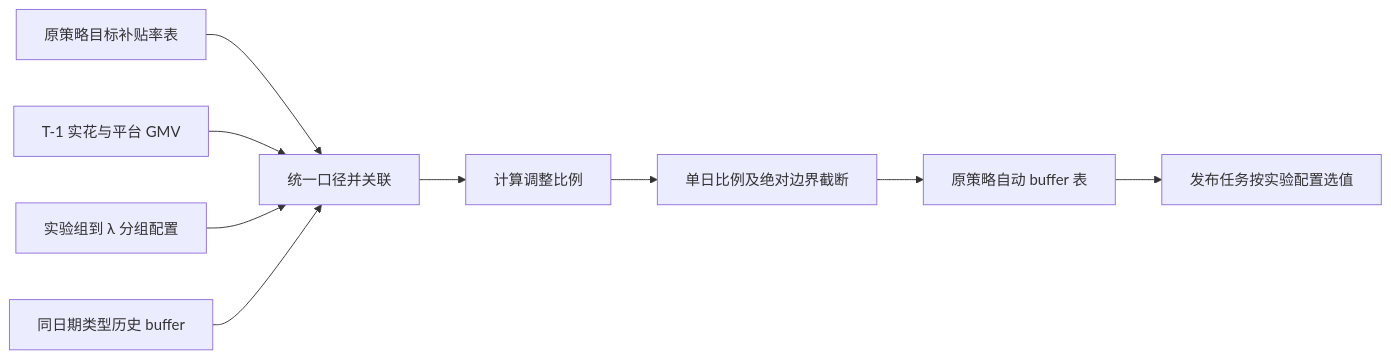
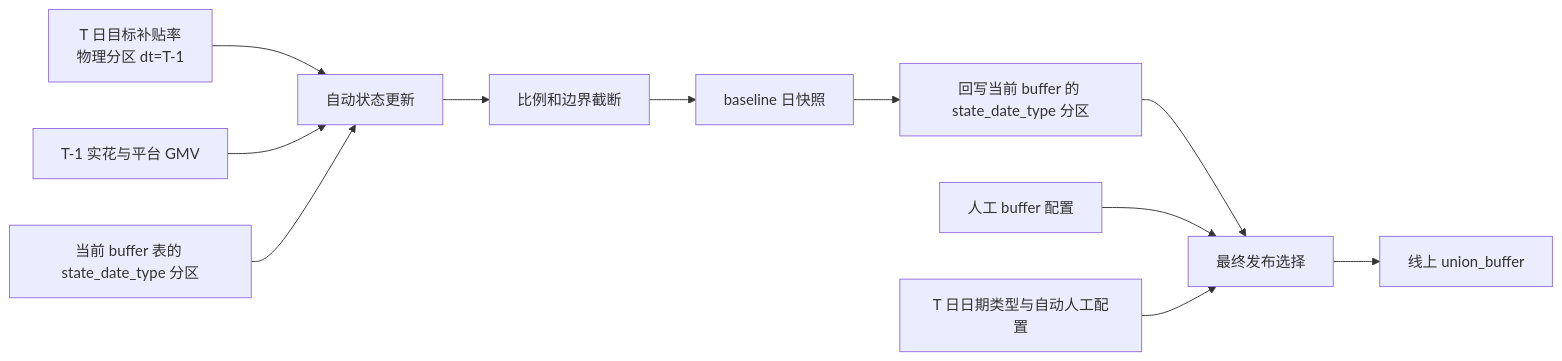
The diagram in 3.6-buffer-自动调整/3.6-buffer-自动调整-TODO路线.md (m17858052891-kk/obsidiankeke), drawn with Mermaid before and after one commit. The commit also changed other lines of this file and 2 other files, not shown here.

````diff
--- a/3.6-buffer-自动调整/3.6-buffer-自动调整-TODO路线.md
+++ b/3.6-buffer-自动调整/3.6-buffer-自动调整-TODO路线.md
@@ -116,11 +199,13 @@
 ```mermaid
 flowchart LR
-    A[原策略目标补贴率表] --> E[统一口径并关联]
+    A[T 日目标补贴率<br/>物理分区 dt=T-1] --> E[自动状态更新]
     B[T-1 实花与平台 GMV] --> E
-    C[实验组到 λ 分组配置] --> E
-    D[同日期类型历史 buffer] --> E
-    E --> F[计算调整比例]
-    F --> G[单日比例及绝对边界截断]
-    G --> H[原策略自动 buffer 表]
-    H --> I[发布任务按实验配置选值]
+    C[当前 buffer 表的 state_date_type 分区] --> E
+    E --> F[比例和边界截断]
+    F --> G[baseline 日快照]
+    G --> L[回写当前 buffer 的 state_date_type 分区]
+    L --> H[最终发布选择]
+    I[人工 buffer 配置] --> H
+    J[T 日日期类型与自动人工配置] --> H
+    H --> K[线上 union_buffer]
 ```
````
